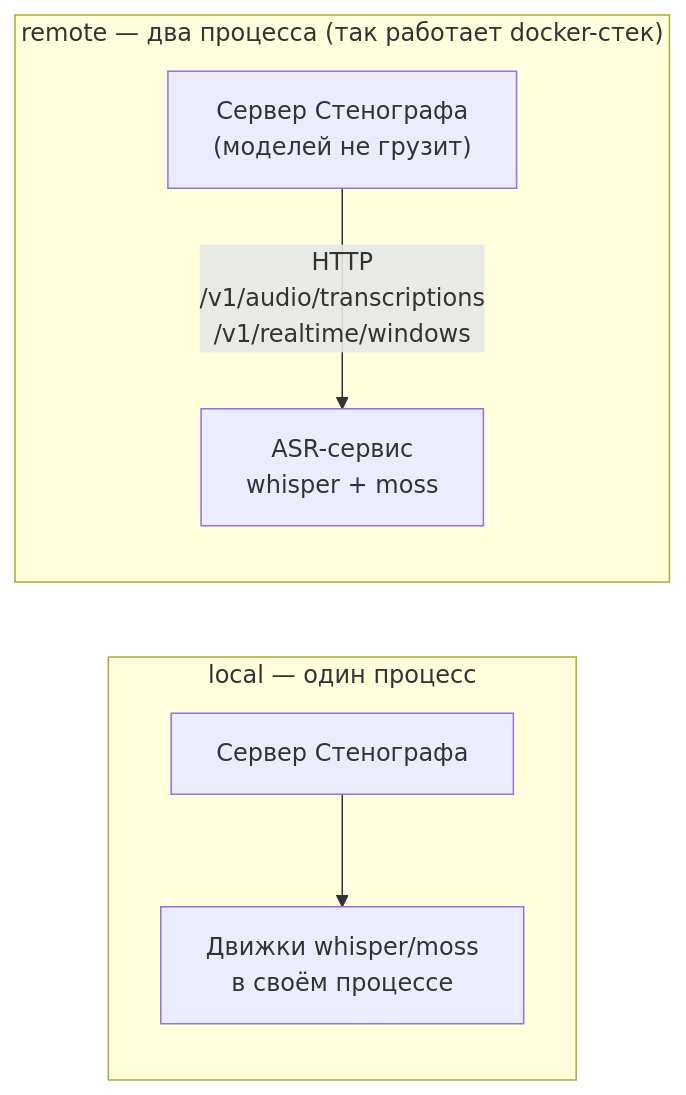
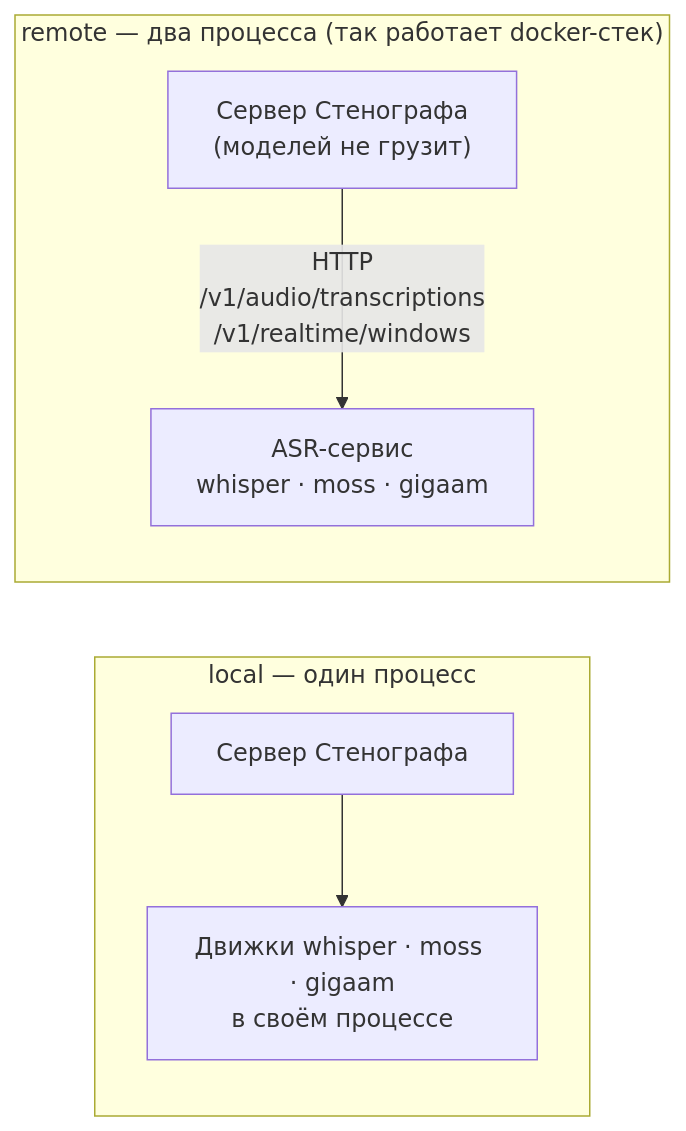
The first of 2 diagrams in docs/ARCHITECTURE.md (mbiuib/Stenograph), drawn with Mermaid before and after one commit. The commit also changed other lines of this file and 2 other files, not shown here.

First line of the commit message:
docs: движок gigaam во всех руководствах

````diff
--- a/docs/ARCHITECTURE.md
+++ b/docs/ARCHITECTURE.md
@@ -39,9 +39,9 @@
 ```mermaid
 flowchart LR
     subgraph local["local — один процесс"]
-        srv1["Сервер Стенографа"] --> eng1["Движки whisper/moss<br/>в своём процессе"]
+        srv1["Сервер Стенографа"] --> eng1["Движки whisper · moss · gigaam<br/>в своём процессе"]
     end
     subgraph remote["remote — два процесса (так работает docker-стек)"]
-        srv2["Сервер Стенографа<br/>(моделей не грузит)"] -- "HTTP<br/>/v1/audio/transcriptions<br/>/v1/realtime/windows" --> svc["ASR-сервис<br/>whisper + moss"]
+        srv2["Сервер Стенографа<br/>(моделей не грузит)"] -- "HTTP<br/>/v1/audio/transcriptions<br/>/v1/realtime/windows" --> svc["ASR-сервис<br/>whisper · moss · gigaam"]
     end
 ```
````
